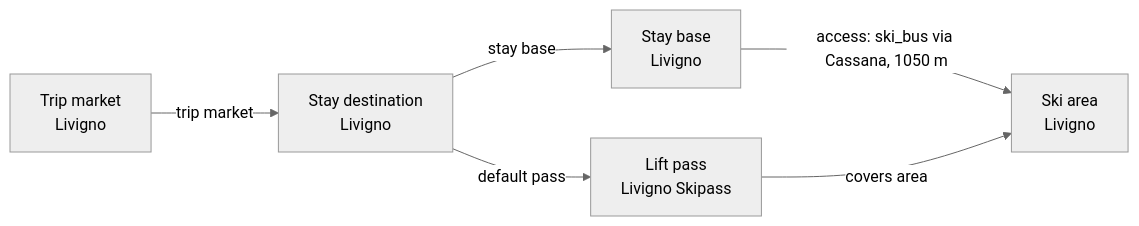
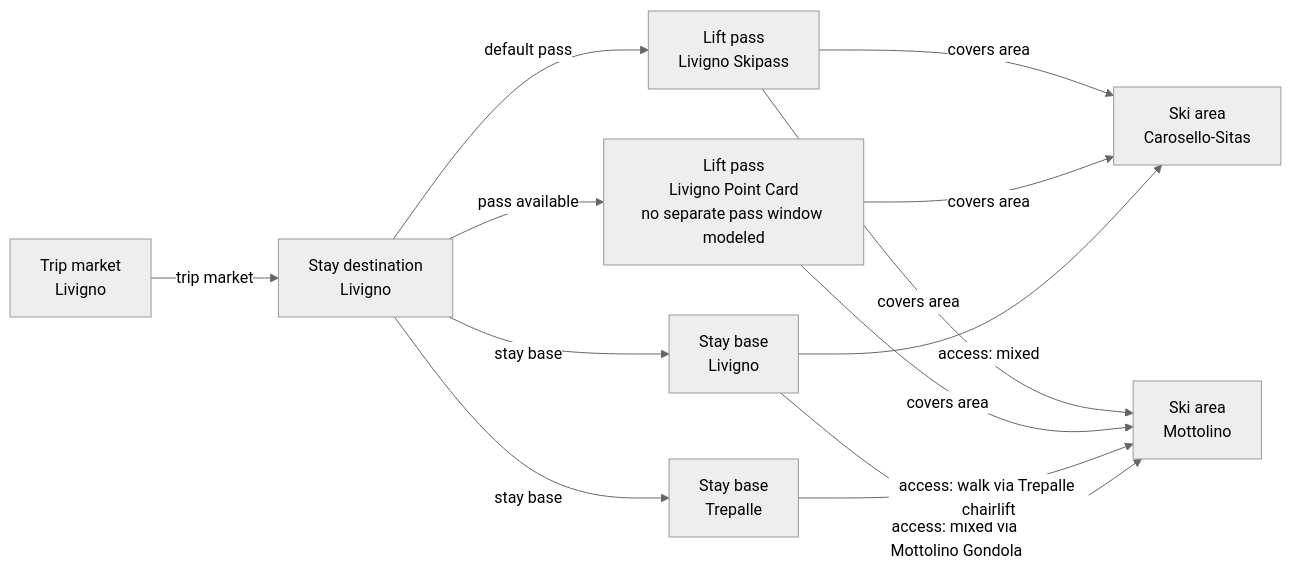
One commit to lampssy/ai-sports-travel-planner changed the diagram in docs/catalog-curation/2026-07-05-livigno-v2-enrichment.md. Above: the diagram before and after it, drawn with Mermaid (neutral theme). The commit also changed other lines of this file and 4 other files, not shown here.

Commit message:
Materialize Livigno ski area graph

````diff
--- a/docs/catalog-curation/2026-07-05-livigno-v2-enrichment.md
+++ b/docs/catalog-curation/2026-07-05-livigno-v2-enrichment.md
@@ -7,13 +7,23 @@
 ```mermaid
 flowchart LR
   region_1["Trip market<br/>Livigno"]
   destination_1["Stay destination<br/>Livigno"]
   base_1["Stay base<br/>Livigno"]
-  area_1["Ski area<br/>Livigno"]
-  pass_1["Lift pass<br/>Livigno Skipass"]
+  base_2["Stay base<br/>Trepalle"]
+  area_1["Ski area<br/>Carosello-Sitas"]
+  area_2["Ski area<br/>Mottolino"]
+  pass_1["Lift pass<br/>Livigno Point Card<br/>no separate pass window modeled"]
+  pass_2["Lift pass<br/>Livigno Skipass"]
   region_1 -->|"trip market"| destination_1
   destination_1 -->|"stay base"| base_1
-  base_1 -->|"access: ski_bus via Cassana, 1050 m"| area_1
-  destination_1 -->|"default pass"| pass_1
+  destination_1 -->|"stay base"| base_2
+  base_1 -->|"access: mixed"| area_1
+  base_1 -->|"access: mixed via Mottolino Gondola"| area_2
+  base_2 -->|"access: walk via Trepalle chairlift"| area_2
+  destination_1 -->|"pass available"| pass_1
   pass_1 -->|"covers area"| area_1
+  pass_1 -->|"covers area"| area_2
+  destination_1 -->|"default pass"| pass_2
+  pass_2 -->|"covers area"| area_1
+  pass_2 -->|"covers area"| area_2
 ```
````
